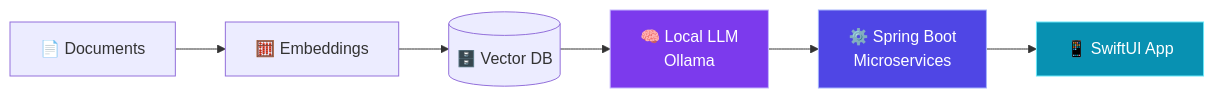
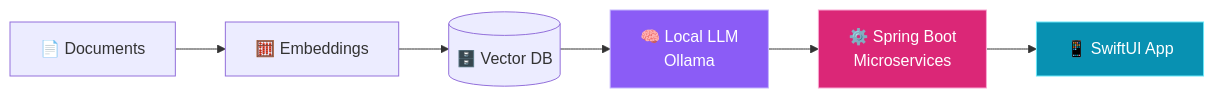
One commit to Soeun-Sovannarith/Soeun-Sovannarith changed the diagram in README.md. Above: the diagram before and after it, drawn with Mermaid. The commit also changed other lines of this file and 5 other files, not shown here.

````diff
--- a/README.md
+++ b/README.md
@@ -95,11 +82,11 @@
 ```mermaid
 flowchart LR
     A[📄 Documents] --> B[🧮 Embeddings]
     B --> C[(🗄️ Vector DB)]
     C --> D[🧠 Local LLM<br/>Ollama]
     D --> E[⚙️ Spring Boot<br/>Microservices]
     E --> F[📱 SwiftUI App]
-    style D fill:#7C3AED,stroke:#C4B5FD,color:#fff
-    style E fill:#4F46E5,stroke:#A5B4FC,color:#fff
+    style D fill:#8B5CF6,stroke:#C4B5FD,color:#fff
+    style E fill:#DB2777,stroke:#F9A8D4,color:#fff
     style F fill:#0891B2,stroke:#67E8F9,color:#fff
 ```
````
